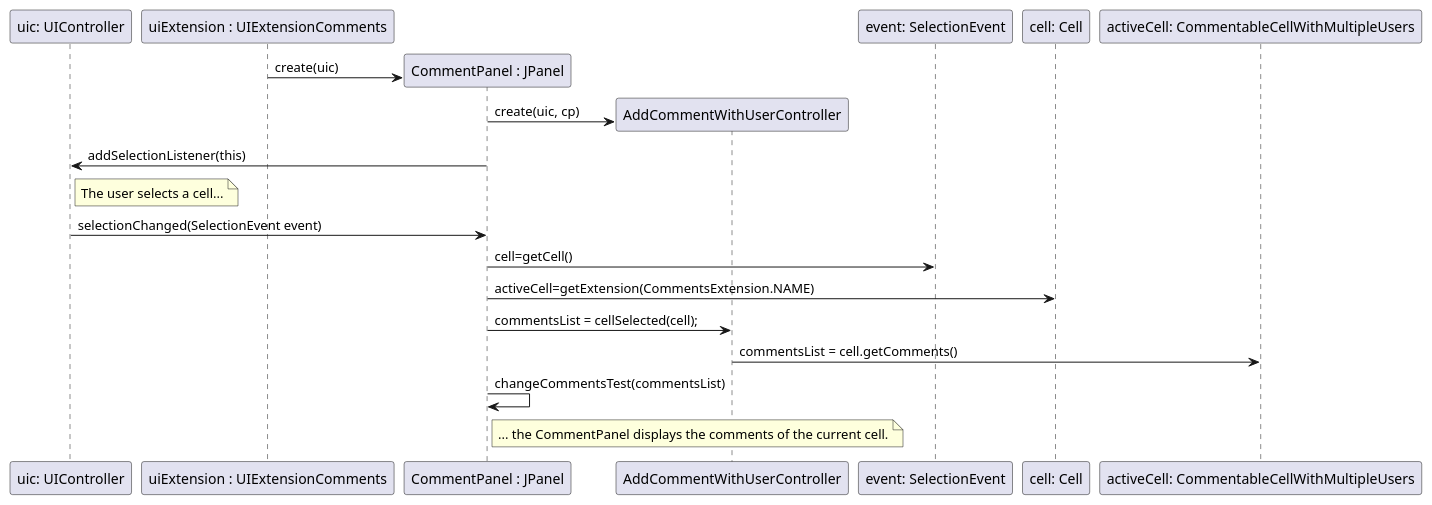
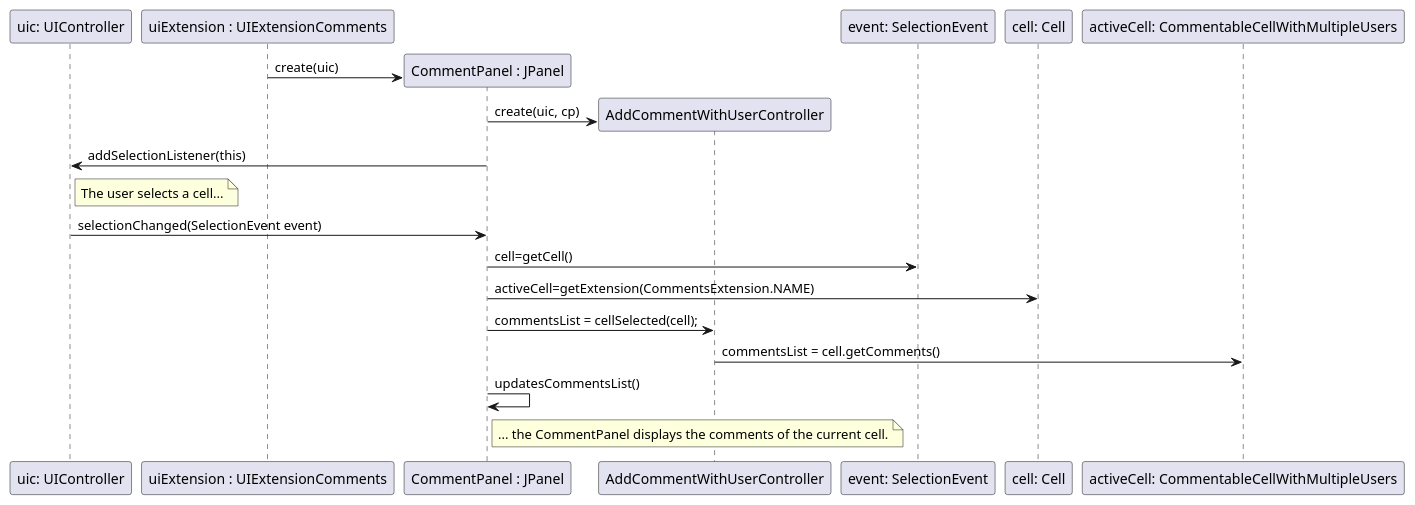
The diagram in src/main/java/lapr4/red/s1/core/n1150690/comments/core02_02_design1.puml (MikeTekOn/lapr4-2017-2dd), drawn with PlantUML before and after one commit. The commit also changed 7 other files, not shown here.

```diff
--- a/src/main/java/lapr4/red/s1/core/n1150690/comments/core02_02_design1.puml
+++ b/src/main/java/lapr4/red/s1/core/n1150690/comments/core02_02_design1.puml
@@ -1,33 +1,33 @@
 @startuml core02_01_design2.png
     participant "uic: UIController" as uic
     participant "uiExtension : UIExtensionComments" as UIExt
     participant "CommentPanel : JPanel" as cp
     participant "AddCommentWithUserController" as ctrl
     participant "event: SelectionEvent" as event
     participant "cell: Cell" as cell
     participant "activeCell: CommentableCellWithMultipleUsers" as activeCell
 
     create cp
     UIExt -> cp :  create(uic) 
     
     create ctrl
     cp -> ctrl: create(uic, cp)   
     cp -> uic : addSelectionListener(this)
 
     note right of uic
         The user selects a cell...
     end note
 
     uic -> cp : selectionChanged(SelectionEvent event)
     cp -> event : cell=getCell()
     cp -> cell : activeCell=getExtension(CommentsExtension.NAME)
 
     cp -> ctrl : commentsList = cellSelected(cell);
     ctrl -> activeCell : commentsList = cell.getComments()
-    cp -> cp : changeCommentsTest(commentsList)
+    cp -> cp : updatesCommentsList()
 
     note right of cp
         ... the CommentPanel displays the comments of the current cell.
     end note
 
 @enduml
```
